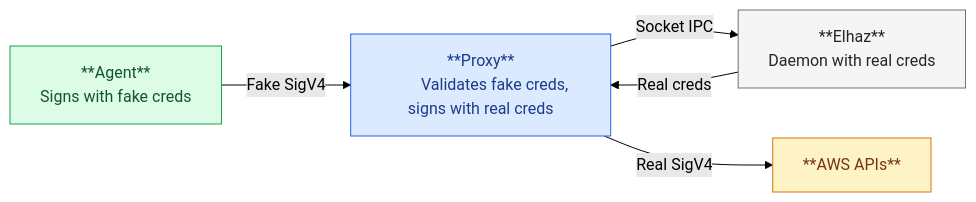
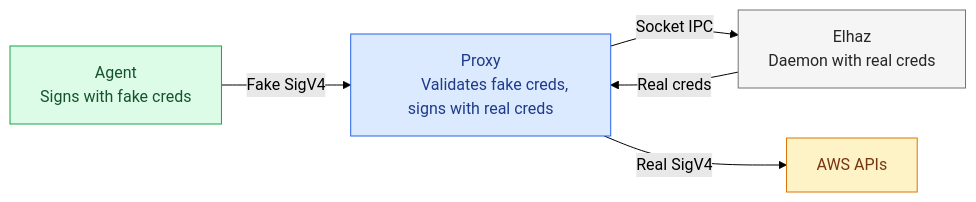
Before and after one commit to engseclabs/aws-sigv4-resigning-proxy: the first of 2 diagrams in README.md, drawn with Mermaid (forest theme). The commit also changed other lines of this file and 1 other file, not shown here.

````diff
--- a/README.md
+++ b/README.md
@@ -11,26 +13,26 @@
 ```mermaid
 graph LR
     
-    agent["**Agent**
+    agent["Agent
         Signs with fake creds"]
-    proxy["**Proxy**
+    proxy["Proxy
         Validates fake creds, signs with real creds"]
-    elhaz["**Elhaz**
+    elhaz["Elhaz
         Daemon with real creds"]
-    aws["**AWS APIs**"]
+    aws["AWS APIs"]
 
     agent -- "Fake SigV4" --> proxy
     proxy -- "Socket IPC" --> elhaz
     elhaz -- "Real creds" --> proxy
     proxy -- "Real SigV4" --> aws
 
     classDef agentStyle fill:#dcfce7,stroke:#16a34a,color:#14532d
     classDef proxyStyle fill:#dbeafe,stroke:#2563eb,color:#1e3a8a
     classDef elhazStyle fill:#f5f5f5,stroke:#737373,color:#262626
     classDef awsStyle fill:#fef3c7,stroke:#d97706,color:#78350f
 
     class agent agentStyle
     class proxy proxyStyle
     class elhaz elhazStyle
     class aws awsStyle
 ```
````
